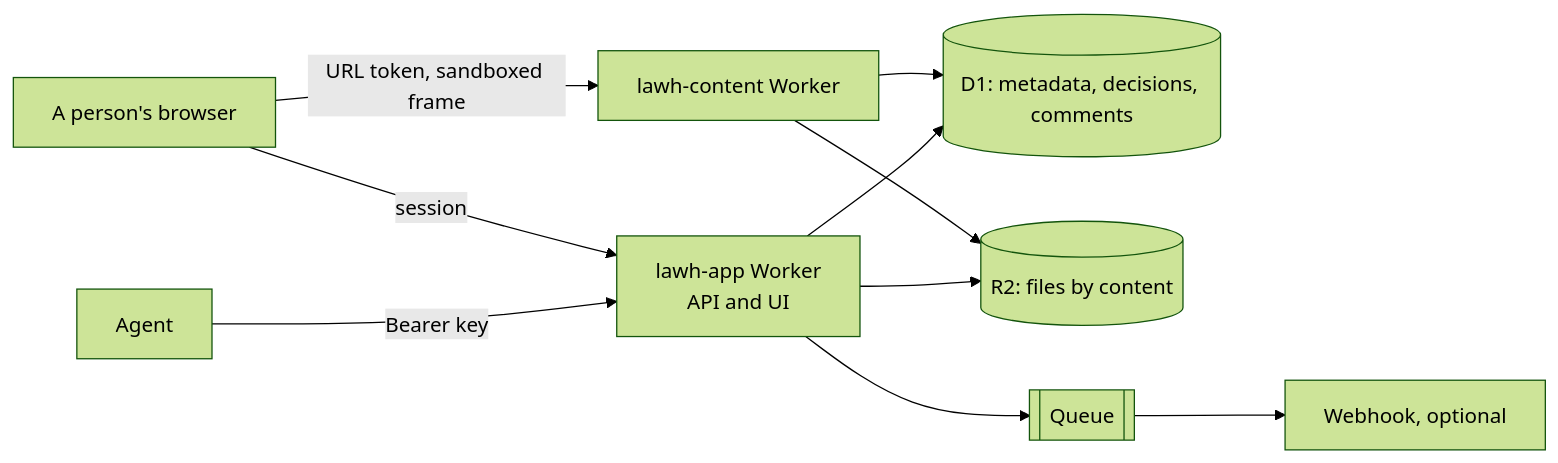
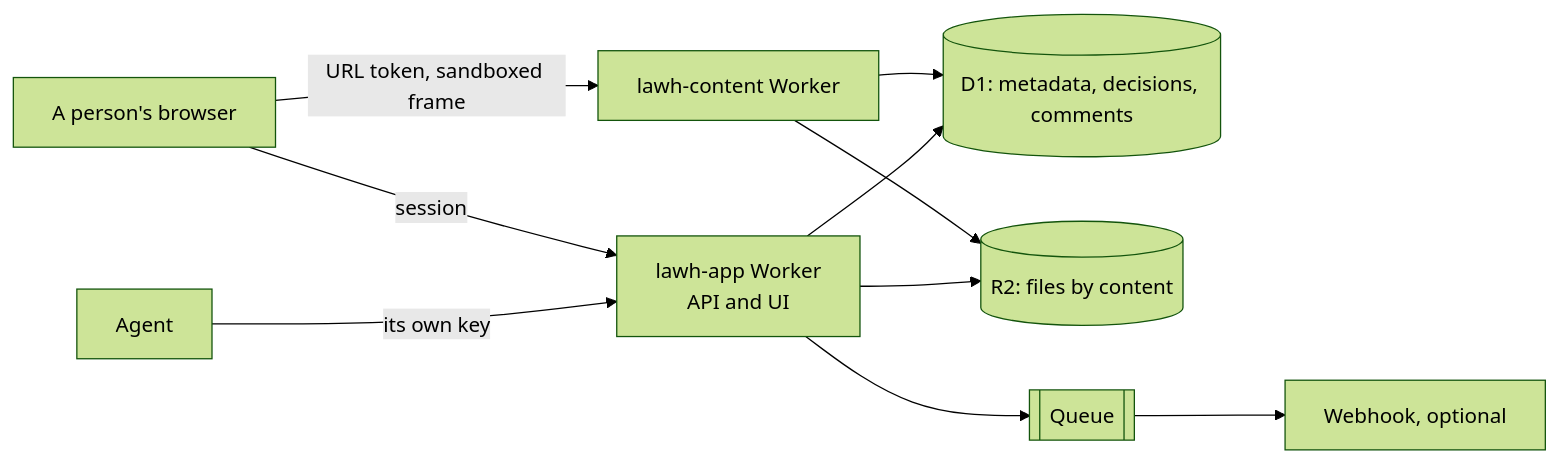
Before and after one commit to Hamza-Labs-Core/lawh: the diagram in docs/spec/README.md, drawn with Mermaid (forest theme). The commit also changed other lines of this file and 13 other files, not shown here.

````diff
--- a/docs/spec/README.md
+++ b/docs/spec/README.md
@@ -28,11 +28,11 @@
 ```mermaid
 flowchart LR
-  A[Agent] -- "Bearer key" --> W[lawh-app Worker<br>API and UI]
+  A[Agent] -- "its own key" --> W[lawh-app Worker<br>API and UI]
   O[A person's browser] -- session --> W
   O -- "URL token, sandboxed frame" --> C[lawh-content Worker]
   W --> D[(D1: metadata, decisions, comments)]
   W --> R[(R2: files by content)]
   C --> D
   C --> R
   W --> Q[[Queue]] --> H[Webhook, optional]
 ```
````
